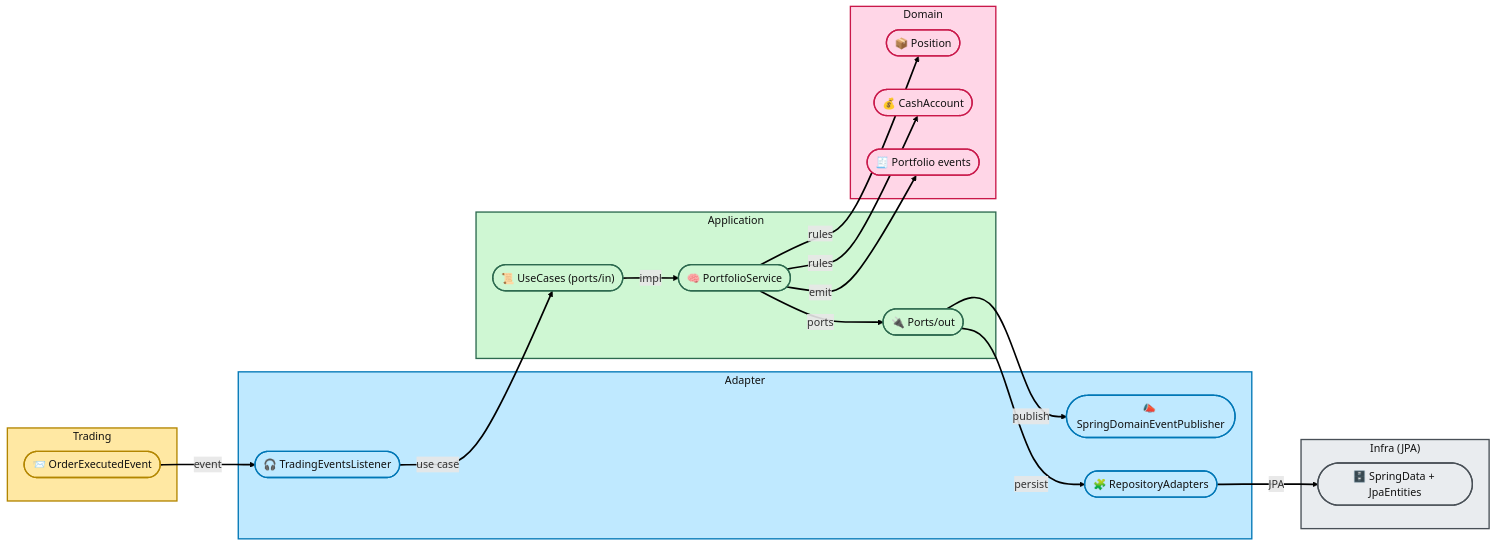
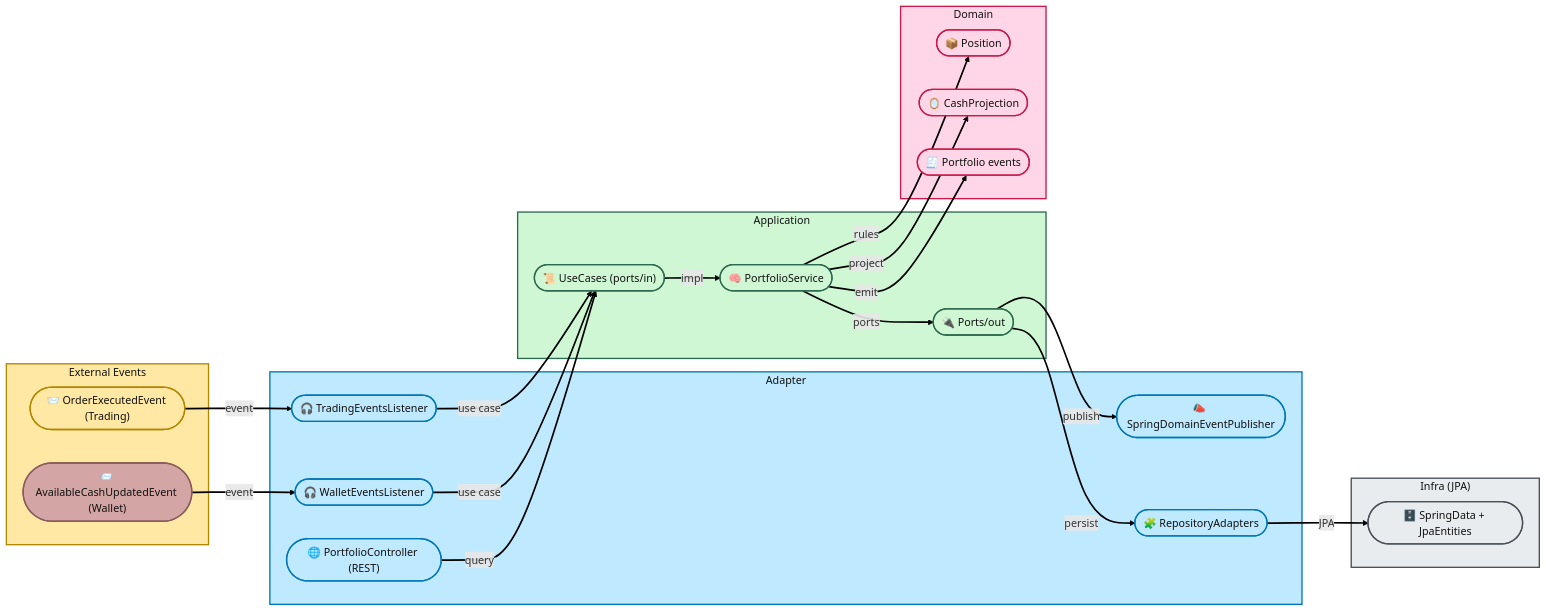
The second of 3 diagrams in EZTrade/backend/src/main/java/com/trading/platform/eztrade/portfolio/portfolio.md (SergioGarciaRuiz557/EZTrade), drawn with Mermaid before and after one commit. The commit also changed other lines of this file and 28 other files, not shown here.

````diff
--- a/EZTrade/backend/src/main/java/com/trading/platform/eztrade/portfolio/portfolio.md
+++ b/EZTrade/backend/src/main/java/com/trading/platform/eztrade/portfolio/portfolio.md
@@ -95,68 +99,75 @@
 ```mermaid
 %%{init: { 'themeVariables': { 'lineColor': '#000000', 'color':'#ffffff' } } }%%
 flowchart LR
 
 %% Estilos por capa (Tus colores originales)
   classDef trading fill:#FFE8A3,stroke:#B38600,stroke-width:2px,color:#111;
+  classDef wallet fill:#D4A5A5,stroke:#8B5A5A,stroke-width:2px,color:#111;
   classDef adapter fill:#BFE9FF,stroke:#0077B6,stroke-width:2px,color:#111;
   classDef app fill:#CFF7D3,stroke:#2D6A4F,stroke-width:2px,color:#111;
   classDef domain fill:#FFD6E7,stroke:#C9184A,stroke-width:2px,color:#111;
   classDef infra fill:#E9ECEF,stroke:#495057,stroke-width:2px,color:#111;
 
-%% --- Trading ---
-  subgraph T["Trading"]
-    OE2(["📨 OrderExecutedEvent"])
+%% --- External Events ---
+  subgraph T["External Events"]
+    OE2(["📨 OrderExecutedEvent (Trading)"])
+    WCE(["📨 AvailableCashUpdatedEvent (Wallet)"])
   end
   class T trading;
   class OE2 trading;
+  class WCE wallet;
 
 %% --- Adapter ---
   subgraph A["Adapter"]
     L(["🎧 TradingEventsListener"])
+    WL(["🎧 WalletEventsListener"])
+    API(["🌐 PortfolioController (REST)"])
     PUB(["📣 SpringDomainEventPublisher"])
     PRA(["🧩 RepositoryAdapters"])
   end
   class A adapter;
-  class L,PUB,PRA adapter;
+  class L,WL,API,PUB,PRA adapter;
 
 %% --- Application ---
   subgraph B["Application"]
     UC(["📜 UseCases (ports/in)"])
     S(["🧠 PortfolioService"])
     PORTS(["🔌 Ports/out"])
   end
   class B app;
   class UC,S,PORTS app;
 
 %% --- Domain ---
   subgraph C["Domain"]
     POS(["📦 Position"])
-    CASH(["💰 CashAccount"])
+    CASH(["🪞 CashProjection"])
     EVT(["🧾 Portfolio events"])
   end
   class C domain;
   class POS,CASH,EVT domain;
 
 %% --- Infra ---
   subgraph I["Infra (JPA)"]
     JPA(["🗄️ SpringData + JpaEntities"])
   end
   class I infra;
   class JPA infra;
 
-%% Flujo: Usamos flechas normales --> pero les damos grosor. 
-%% Nota: '==>' a veces tiene problemas de renderizado con la punta en algunos navegadores.
+%% Flujo
   OE2 -->|event| L
+  WCE -->|event| WL
   L -->|use case| UC
+  WL -->|use case| UC
+  API -->|query| UC
   UC -->|impl| S
   S -->|rules| POS
-  S -->|rules| CASH
+  S -->|project| CASH
   S -->|emit| EVT
   S -->|ports| PORTS
   PORTS -->|persist| PRA
   PRA -->|JPA| JPA
   PORTS -->|publish| PUB
 
 %% Estilo de línea: Negro puro para que coincida con la punta (marker-end)
   linkStyle default stroke:#000000,stroke-width:2.5px;
 ```
````
